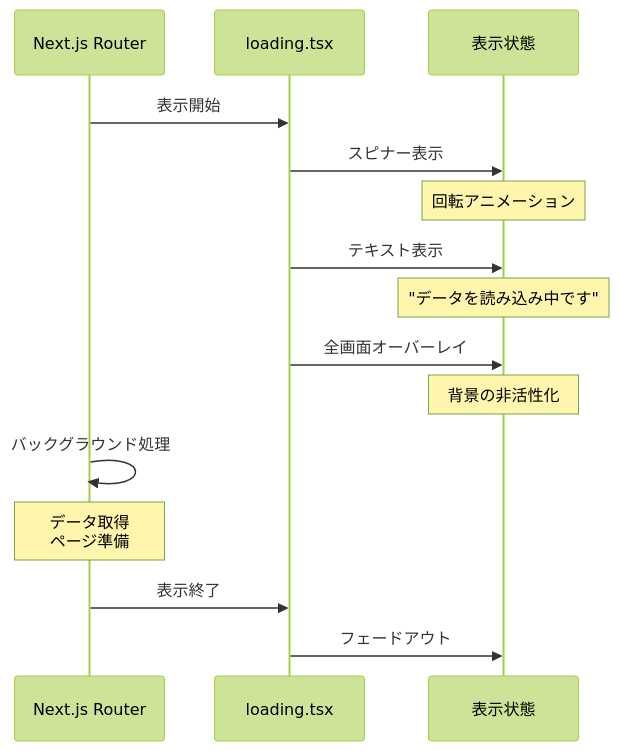
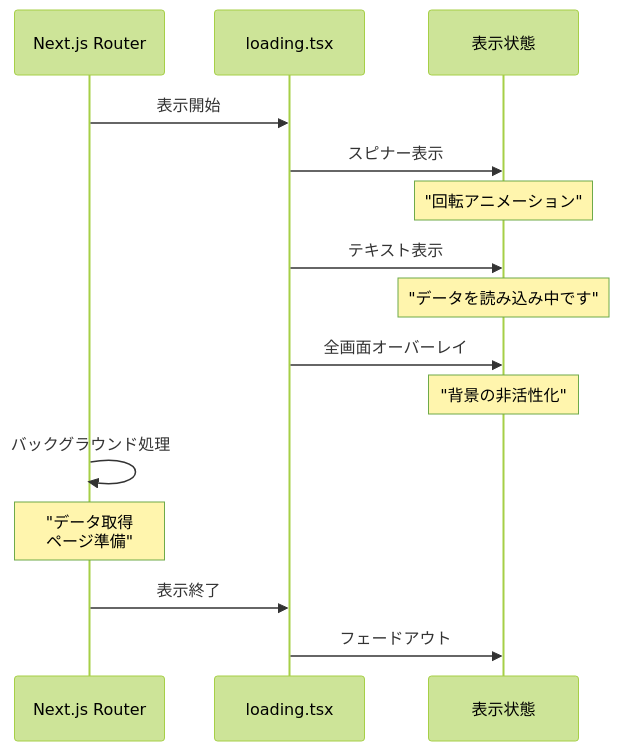
Before and after one commit to wasabi49/ocs-systemDevelopmentExercises: the eighth of 9 diagrams in document/pages/sequence/loading.md, drawn with Mermaid (forest theme). The commit also changed other lines of this file and 42 other files, not shown here.

First line of the commit message:
fix: mermaidシーケンス図のNote over文でダブルクォーテーション不足を修正

````diff
--- a/document/pages/sequence/loading.md
+++ b/document/pages/sequence/loading.md
@@ -165,22 +165,22 @@
 ```mermaid
 sequenceDiagram
     participant Router as Next.js Router
     participant Loading as loading.tsx
     participant Display as 表示状態
 
     Router->>Loading: 表示開始
     Loading->>Display: スピナー表示
-    Note over Display: 回転アニメーション
+    Note over Display: "回転アニメーション"
     
     Loading->>Display: テキスト表示
     Note over Display: "データを読み込み中です"
     
     Loading->>Display: 全画面オーバーレイ
-    Note over Display: 背景の非活性化
+    Note over Display: "背景の非活性化"
     
     Router->>Router: バックグラウンド処理
-    Note over Router: データ取得<br/>ページ準備
+    Note over Router: "データ取得<br/>ページ準備"
     
     Router->>Loading: 表示終了
     Loading->>Display: フェードアウト
 ```
````
